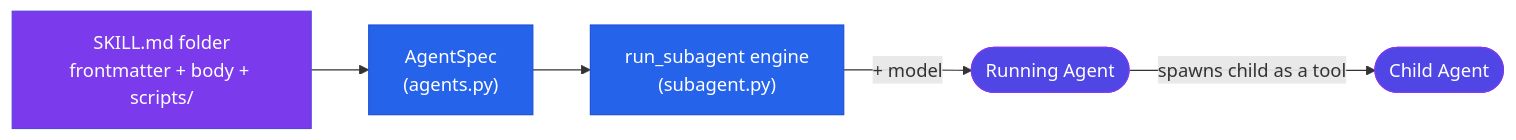
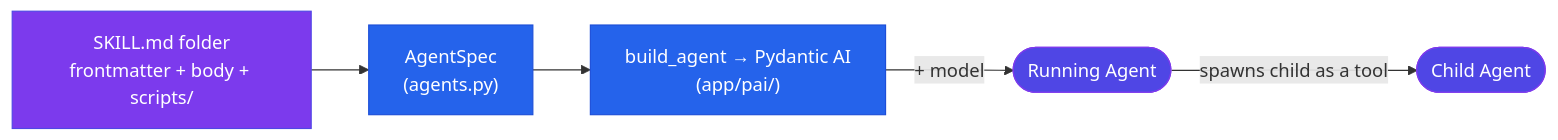
One commit to RomanRnlt/Athletly changed the second of 6 diagrams in README.md. Above: the diagram before and after it, drawn with Mermaid. The commit also changed other lines of this file, not shown here.

Commit message:
docs: README reflects the pydantic-ai plan/eval agents (chat coach stays on litellm)

````diff
--- a/README.md
+++ b/README.md
@@ -102,13 +102,13 @@
 ```mermaid
 flowchart LR
     SKILL["SKILL.md folder<br/>frontmatter + body + scripts/"] --> SPEC["AgentSpec<br/>(agents.py)"]
-    SPEC --> ENGINE["run_subagent engine<br/>(subagent.py)"]
+    SPEC --> ENGINE["build_agent → Pydantic AI<br/>(app/pai/)"]
     ENGINE -->|"+ model"| AGENT(["Running Agent"])
     AGENT -->|"spawns child as a tool"| CHILD(["Child Agent"])
 
     style SKILL fill:#7C3AED,stroke:#4F46E5,color:#fff
     style SPEC fill:#2563EB,stroke:#1D4ED8,color:#fff
     style ENGINE fill:#2563EB,stroke:#1D4ED8,color:#fff
     style AGENT fill:#4F46E5,stroke:#7C3AED,color:#fff
     style CHILD fill:#4F46E5,stroke:#7C3AED,color:#fff
 ```
````
